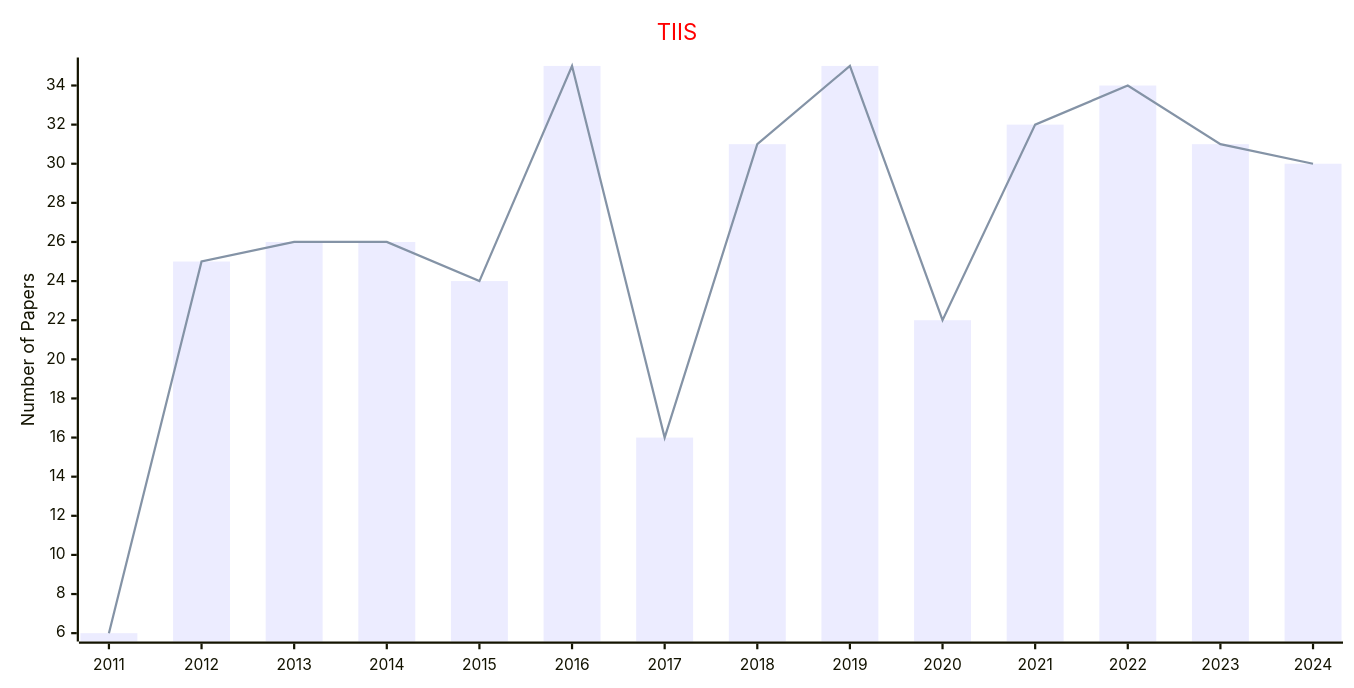
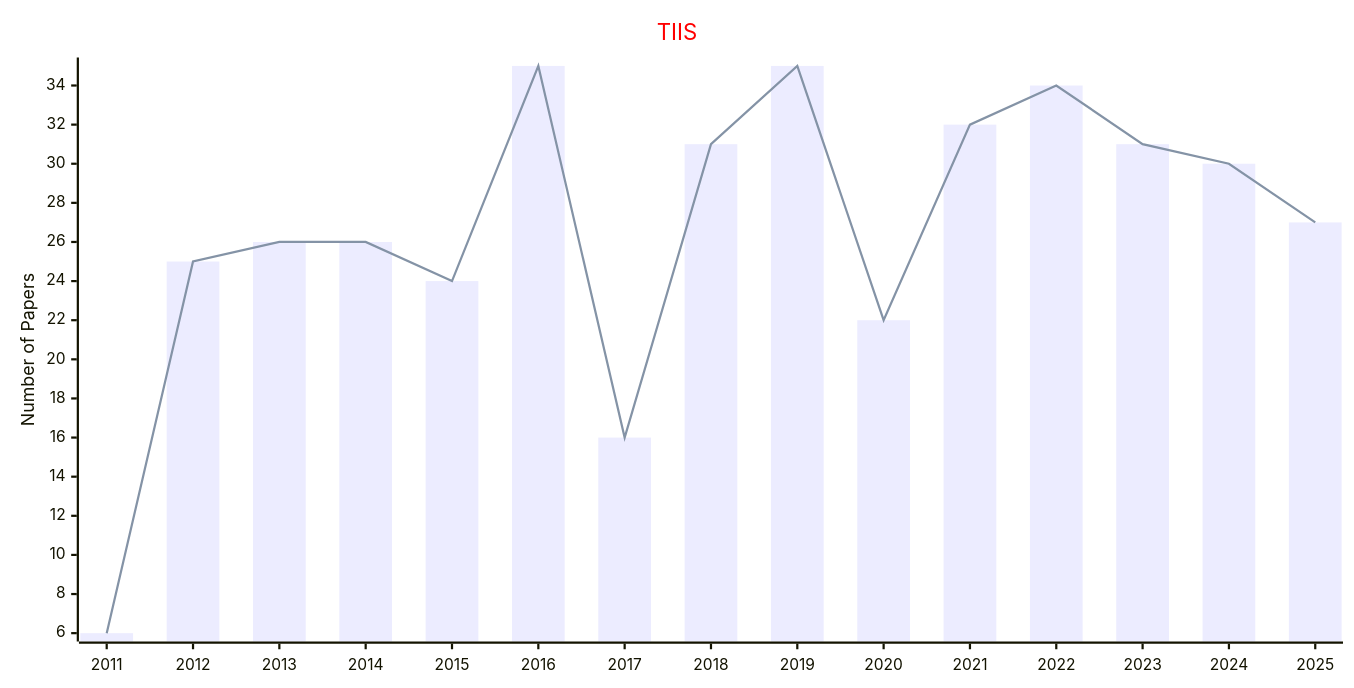
Before and after one commit to Easy-PhD/AILinks: the diagram in docs/data/Journals/Statistics_Journals/Interactive_Intelligent_Systems.md, drawn with Mermaid. The commit also changed 93 other files, not shown here.

````diff
--- a/docs/data/Journals/Statistics_Journals/Interactive_Intelligent_Systems.md
+++ b/docs/data/Journals/Statistics_Journals/Interactive_Intelligent_Systems.md
@@ -9,17 +9,17 @@
 ```mermaid
 ---
 config:
     xyChart:
         width: 1200
         height: 600
     themeVariables:
         xyChart:
             titleColor: "#ff0000"
 ---
 xychart-beta
     title "TIIS"
-    x-axis [2011, 2012, 2013, 2014, 2015, 2016, 2017, 2018, 2019, 2020, 2021, 2022, 2023, 2024]
+    x-axis [2011, 2012, 2013, 2014, 2015, 2016, 2017, 2018, 2019, 2020, 2021, 2022, 2023, 2024, 2025]
     y-axis "Number of Papers"
-    bar [6, 25, 26, 26, 24, 35, 16, 31, 35, 22, 32, 34, 31, 30]
-    line [6, 25, 26, 26, 24, 35, 16, 31, 35, 22, 32, 34, 31, 30]
+    bar [6, 25, 26, 26, 24, 35, 16, 31, 35, 22, 32, 34, 31, 30, 27]
+    line [6, 25, 26, 26, 24, 35, 16, 31, 35, 22, 32, 34, 31, 30, 27]
 ```
````
